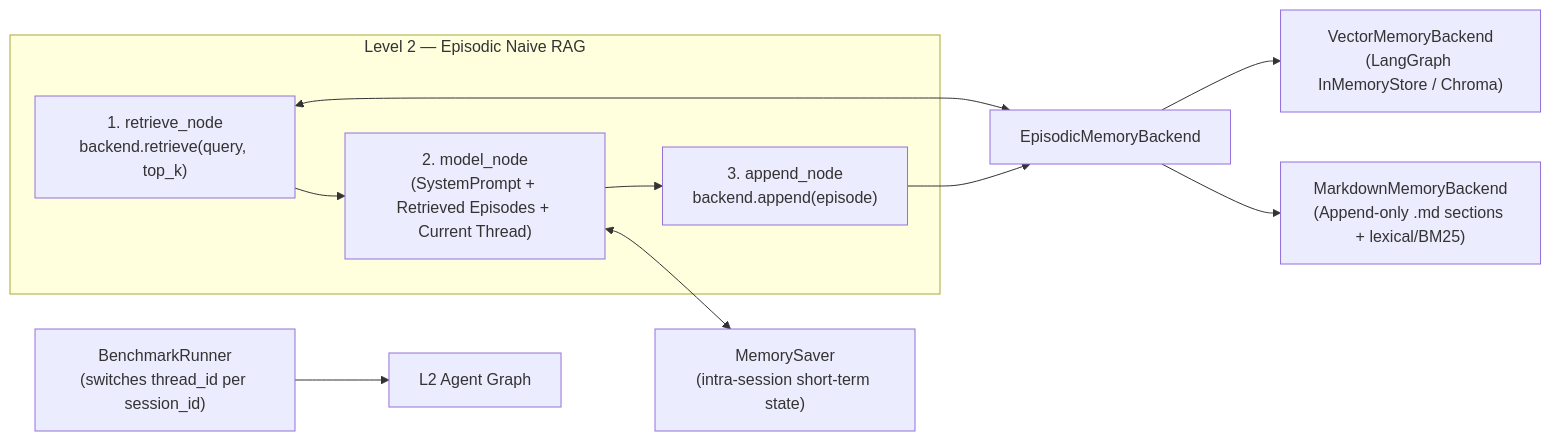
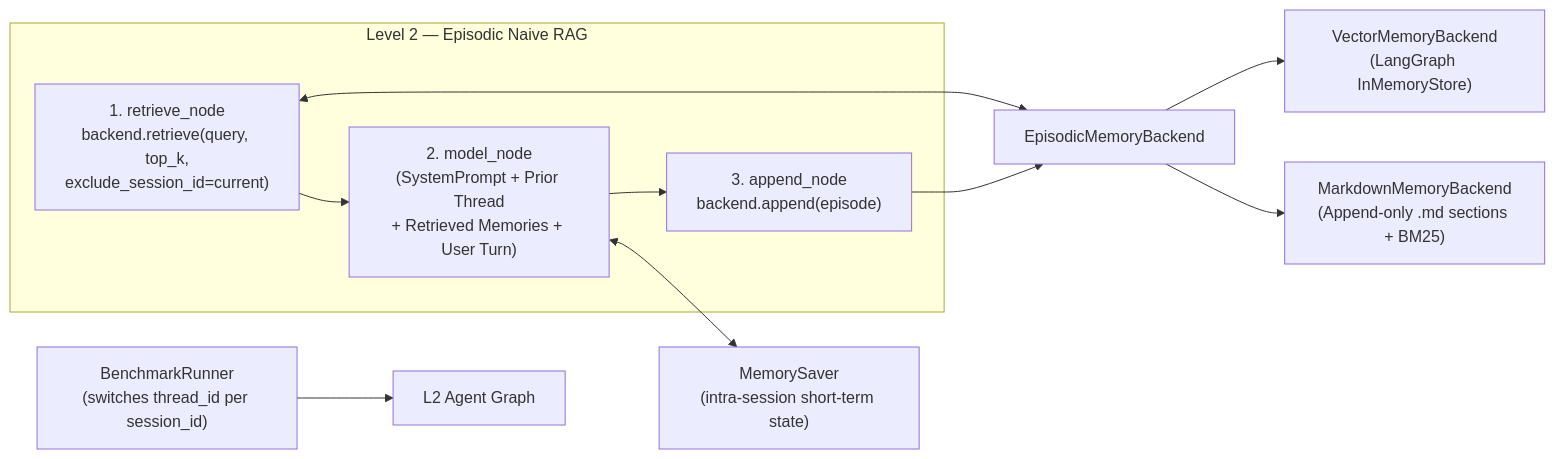
Before and after one commit to sgraziabile/agent-memory-benchmark: the diagram in TODOs/phase-2-l2-plan.md, drawn with Mermaid. The commit also changed other lines of this file, not shown here.

````diff
--- a/TODOs/phase-2-l2-plan.md
+++ b/TODOs/phase-2-l2-plan.md
@@ -27,13 +27,13 @@
 ```mermaid
 flowchart LR
     R["BenchmarkRunner\n(switches thread_id per session_id)"] --> G["L2 Agent Graph"]
     subgraph L2_Graph["Level 2 — Episodic Naive RAG"]
-        RET["1. retrieve_node\nbackend.retrieve(query, top_k)"] --> MOD["2. model_node\n(SystemPrompt + Retrieved Episodes + Current Thread)"]
+        RET["1. retrieve_node\nbackend.retrieve(query, top_k,\nexclude_session_id=current)"] --> MOD["2. model_node\n(SystemPrompt + Prior Thread\n+ Retrieved Memories + User Turn)"]
         MOD --> APP["3. append_node\nbackend.append(episode)"]
     end
     MOD <--> CP["MemorySaver\n(intra-session short-term state)"]
     RET <--> B["EpisodicMemoryBackend"]
     APP --> B
-    B --> V["VectorMemoryBackend\n(LangGraph InMemoryStore / Chroma)"]
-    B --> M["MarkdownMemoryBackend\n(Append-only .md sections + lexical/BM25)"]
+    B --> V["VectorMemoryBackend\n(LangGraph InMemoryStore)"]
+    B --> M["MarkdownMemoryBackend\n(Append-only .md sections + BM25)"]
 ```
````
